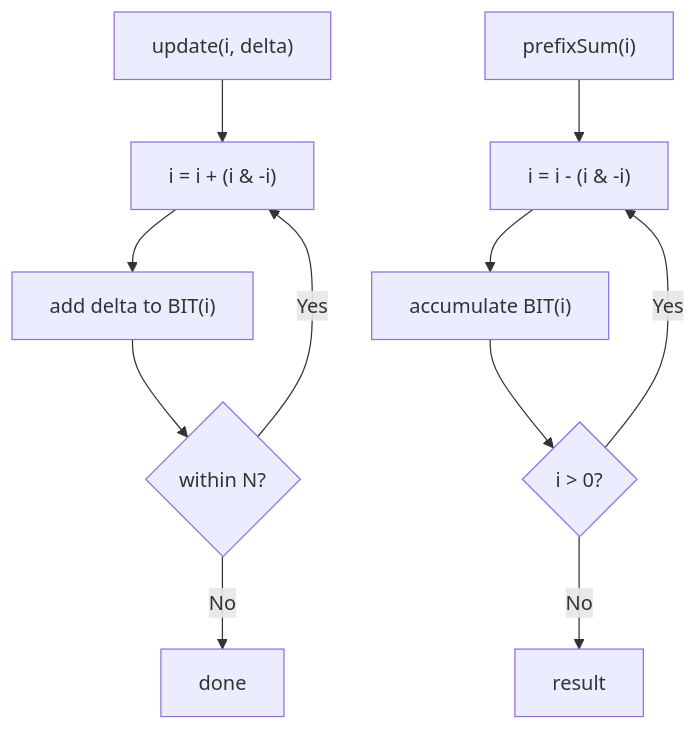
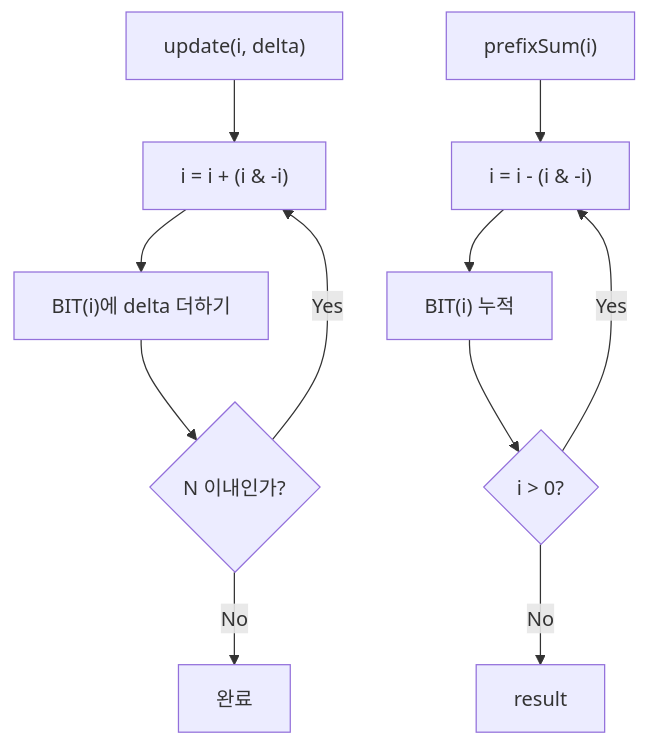
Before and after one commit to mandoobox/mandoobox.github.io: diagram 15 of 43 in _posts/cs-note/2026-02-27-data-structure.md, drawn with Mermaid. The commit also changed other lines of this file and 18 other files, not shown here.

````diff
--- a/_posts/cs-note/2026-02-27-data-structure.md
+++ b/_posts/cs-note/2026-02-27-data-structure.md
@@ -491,13 +491,13 @@
 ```mermaid
 flowchart TD
   U["update(i, delta)"] --> A["i = i + (i & -i)"]
-  A --> B["add delta to BIT(i)"]
-  B --> C{within N?}
+  A --> B["BIT(i)에 delta 더하기"]
+  B --> C{N 이내인가?}
   C -->|Yes| A
-  C -->|No| END1[done]
+  C -->|No| END1[완료]
   Q["prefixSum(i)"] --> D["i = i - (i & -i)"]
-  D --> E["accumulate BIT(i)"]
+  D --> E["BIT(i) 누적"]
   E --> F{i > 0?}
   F -->|Yes| D
   F -->|No| END2[result]
 ```
````
